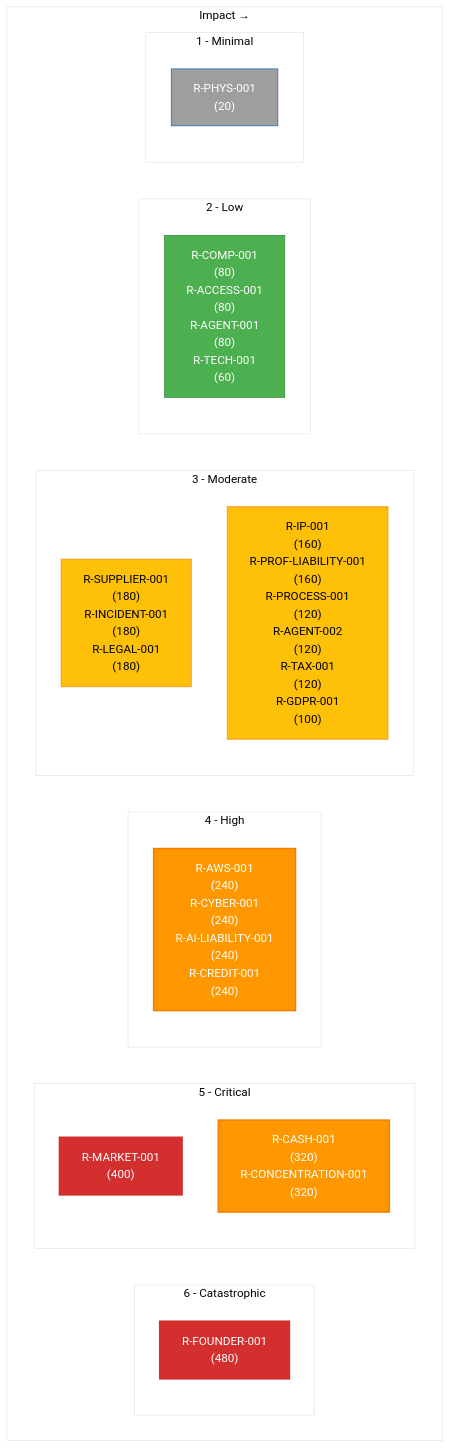
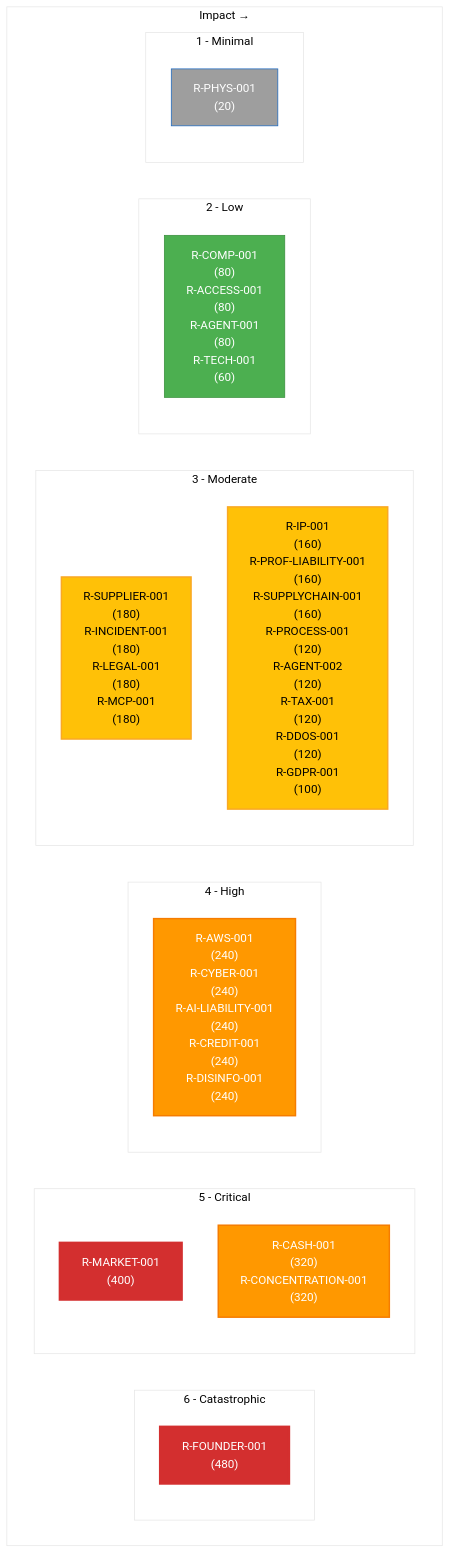
One commit to Hack23/ISMS-PUBLIC changed the first of 4 diagrams in Risk_Register.md. Above: the diagram before and after it, drawn with Mermaid. The commit also changed other lines of this file, not shown here.

````diff
--- a/Risk_Register.md
+++ b/Risk_Register.md
@@ -58,38 +58,38 @@
 ```mermaid
 %%{init: {'theme': 'base', 'themeVariables': {'primaryColor': '#FFFFFF'}}}%%
 graph TB
     subgraph "Impact →"
         subgraph "6 - Catastrophic"
             A6["R-FOUNDER-001<br/>(480)"]
         end
         subgraph "5 - Critical"
             A5["R-MARKET-001<br/>(400)"]
             B5["R-CASH-001<br/>(320)<br/>R-CONCENTRATION-001<br/>(320)"]
         end
         subgraph "4 - High"
-            B4["R-AWS-001<br/>(240)<br/>R-CYBER-001<br/>(240)<br/>R-AI-LIABILITY-001<br/>(240)<br/>R-CREDIT-001<br/>(240)"]
+            B4["R-AWS-001<br/>(240)<br/>R-CYBER-001<br/>(240)<br/>R-AI-LIABILITY-001<br/>(240)<br/>R-CREDIT-001<br/>(240)<br/>R-DISINFO-001<br/>(240)"]
         end
         subgraph "3 - Moderate"
-            B3["R-SUPPLIER-001<br/>(180)<br/>R-INCIDENT-001<br/>(180)<br/>R-LEGAL-001<br/>(180)"]
-            C3["R-IP-001<br/>(160)<br/>R-PROF-LIABILITY-001<br/>(160)<br/>R-PROCESS-001<br/>(120)<br/>R-AGENT-002<br/>(120)<br/>R-TAX-001<br/>(120)<br/>R-GDPR-001<br/>(100)"]
+            B3["R-SUPPLIER-001<br/>(180)<br/>R-INCIDENT-001<br/>(180)<br/>R-LEGAL-001<br/>(180)<br/>R-MCP-001<br/>(180)"]
+            C3["R-IP-001<br/>(160)<br/>R-PROF-LIABILITY-001<br/>(160)<br/>R-SUPPLYCHAIN-001<br/>(160)<br/>R-PROCESS-001<br/>(120)<br/>R-AGENT-002<br/>(120)<br/>R-TAX-001<br/>(120)<br/>R-DDOS-001<br/>(120)<br/>R-GDPR-001<br/>(100)"]
         end
         subgraph "2 - Low"
             D2["R-COMP-001<br/>(80)<br/>R-ACCESS-001<br/>(80)<br/>R-AGENT-001<br/>(80)<br/>R-TECH-001<br/>(60)"]
         end
         subgraph "1 - Minimal"
             B1["R-PHYS-001<br/>(20)"]
         end
     end
     
     classDef critical fill:#D32F2F,stroke:#D32F2F,stroke-width:3px,color:#fff
     classDef high fill:#FF9800,stroke:#F57C00,stroke-width:2px,color:#fff
     classDef medium fill:#FFC107,stroke:#F9A825,stroke-width:2px,color:#000
     classDef low fill:#4CAF50,stroke:#388E3C,stroke-width:1px,color:#fff
     classDef minimal fill:#9E9E9E,stroke:#1565C0,stroke-width:1px,color:#fff
     
     class A6,A5 critical
     class B5,B4 high
     class B3,C3 medium
     class D2 low
     class B1 minimal
 ```
````
